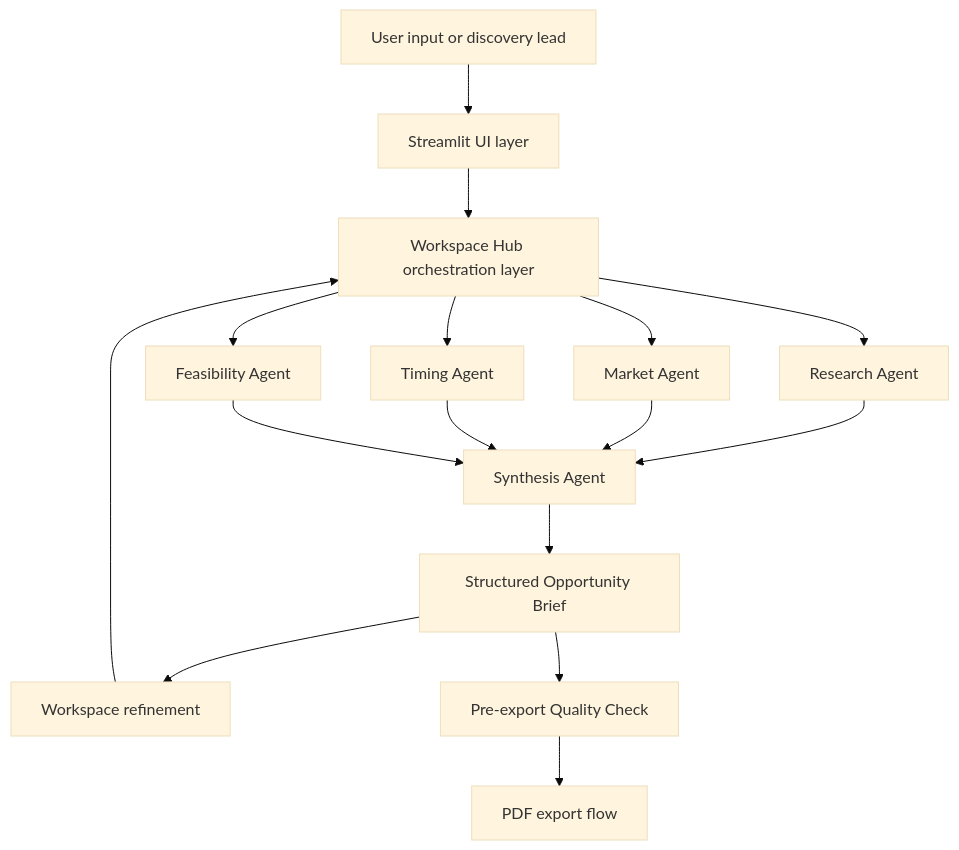
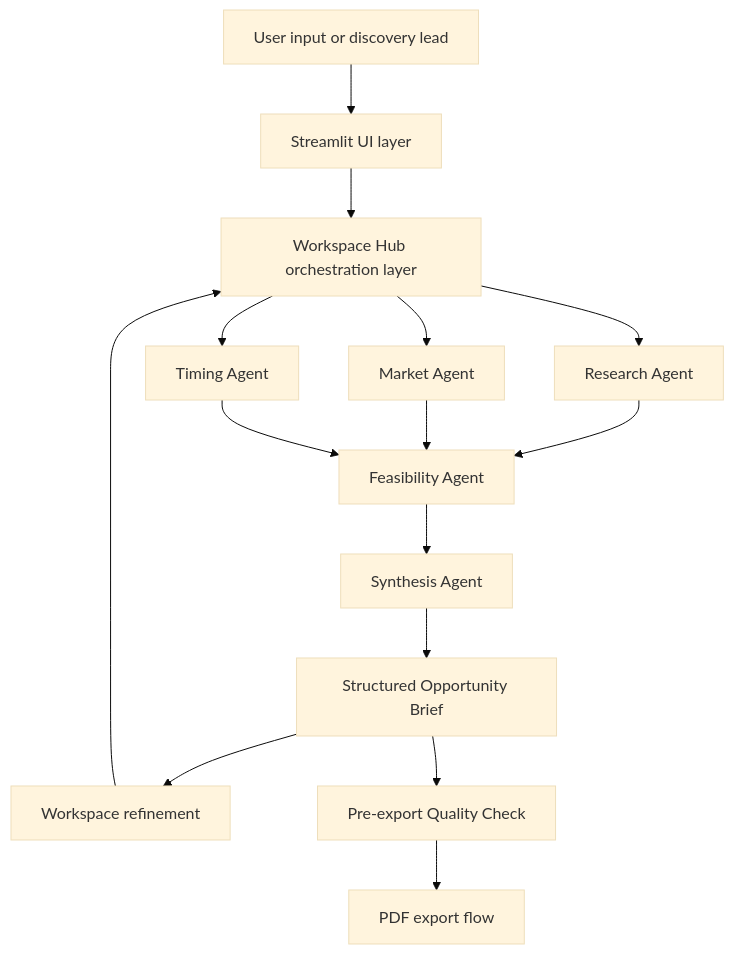
The diagram in AI-Research-Commercialisation-Workbench/docs/Architecture-Overview.md (yclaireyyy/MyProjects), drawn with Mermaid (base theme) before and after one commit.

Commit message:
Fix flowchart

````diff
--- a/AI-Research-Commercialisation-Workbench/docs/Architecture-Overview.md
+++ b/AI-Research-Commercialisation-Workbench/docs/Architecture-Overview.md
@@ -7,18 +7,17 @@
 ```mermaid
 flowchart TD
     A["User input or discovery lead"] --> B["Streamlit UI layer"]
     B --> C["Workspace Hub orchestration layer"]
     C --> D["Research Agent"]
     C --> E["Market Agent"]
     C --> F["Timing Agent"]
-    C --> G["Feasibility Agent"]
-    D --> H["Synthesis Agent"]
-    E --> H
-    F --> H
-    G --> H
+    D --> G["Feasibility Agent"]
+    E --> G
+    F --> G
+    G --> H["Synthesis Agent"]
     H --> I["Structured Opportunity Brief"]
     I --> J["Workspace refinement"]
     J --> C
     I --> K["Pre-export Quality Check"]
     K --> L["PDF export flow"]
 ```
````
